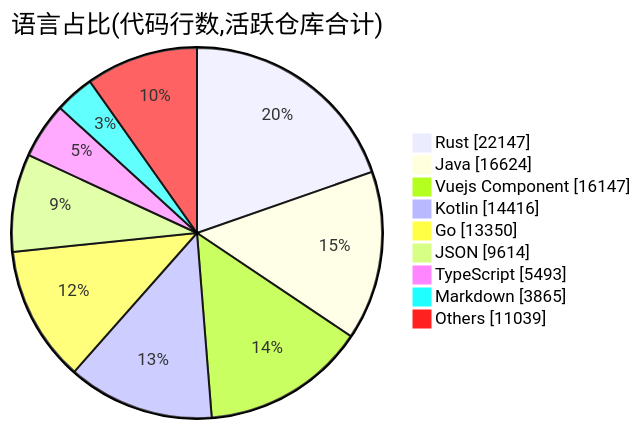
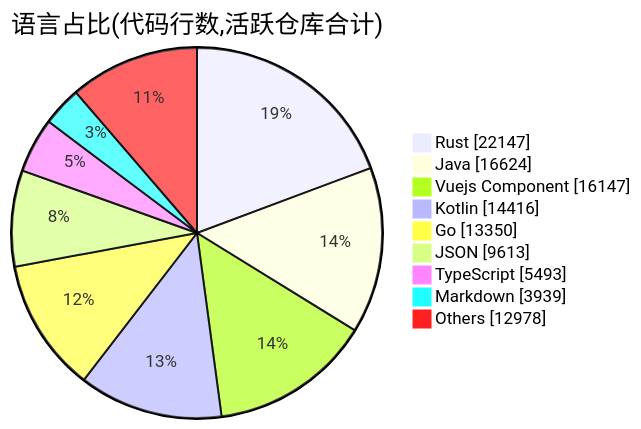
The second of 2 diagrams in profile/README.md (Conflux-Union/.github), drawn with Mermaid before and after one commit. The commit also changed other lines of this file and 1 other file, not shown here.

````diff
--- a/profile/README.md
+++ b/profile/README.md
@@ -76,13 +76,13 @@
 ```mermaid
 pie showData
     title 语言占比(代码行数,活跃仓库合计)
     "Rust" : 22147
     "Java" : 16624
     "Vuejs Component" : 16147
     "Kotlin" : 14416
     "Go" : 13350
-    "JSON" : 9614
+    "JSON" : 9613
     "TypeScript" : 5493
-    "Markdown" : 3865
-    "Others" : 11039
+    "Markdown" : 3939
+    "Others" : 12978
 ```
````
